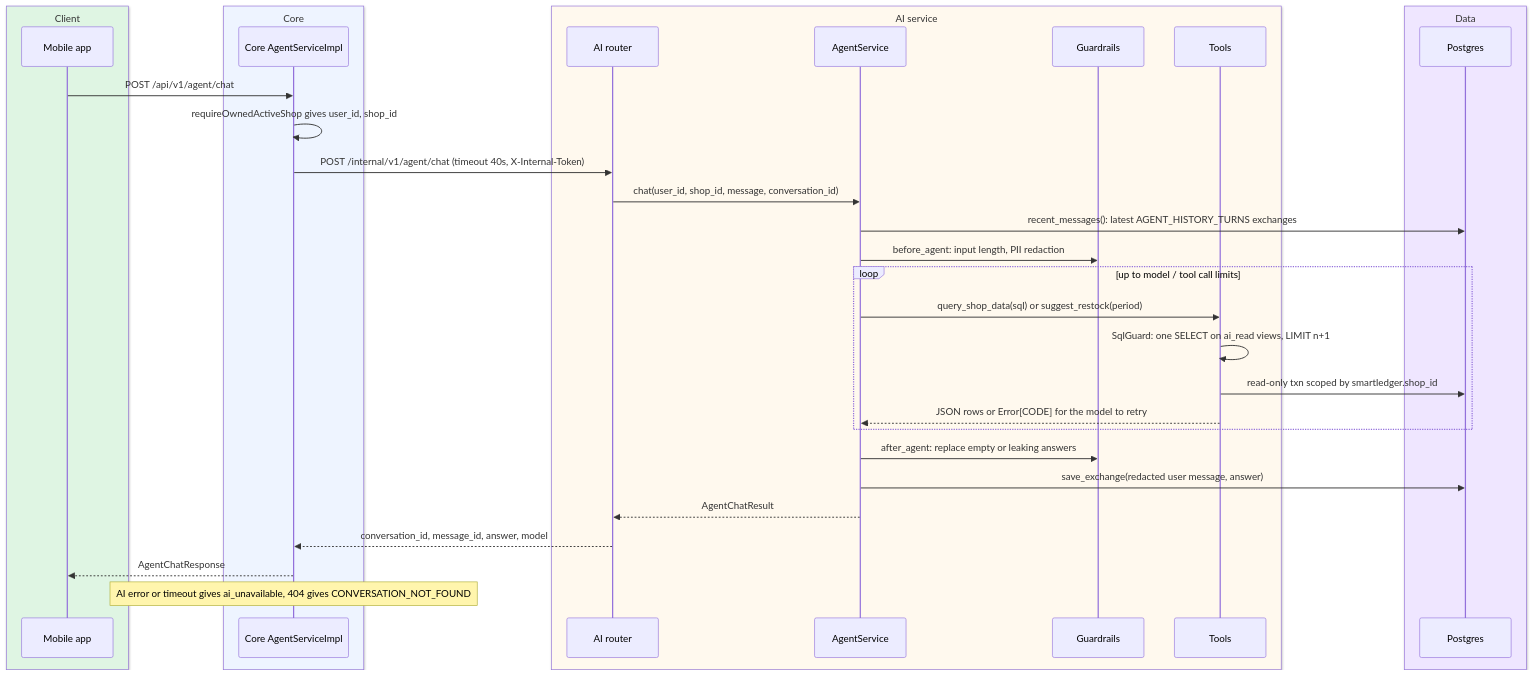
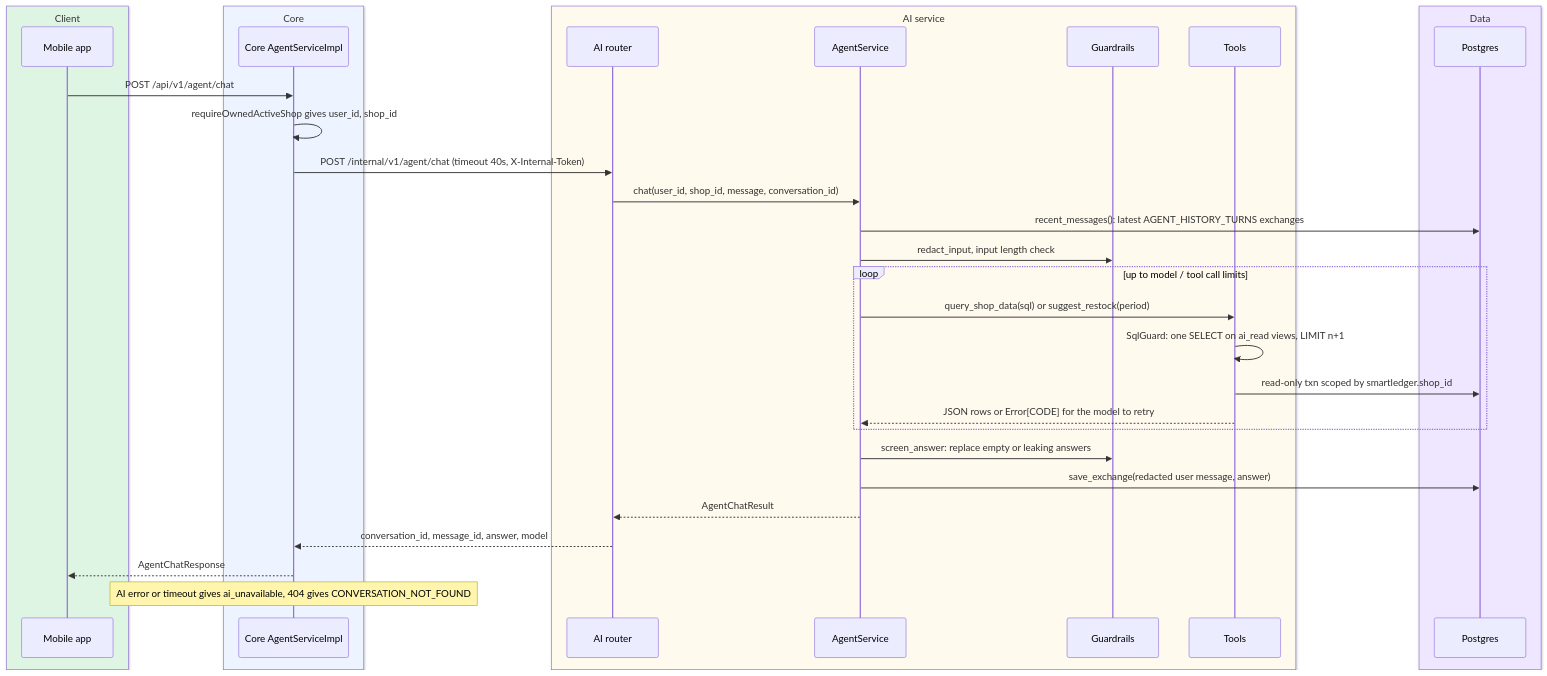
Diagram 14 of 14 in docs/architecture/service-walkthrough/README.md (miphu2804/smart-ledger), drawn with Mermaid before and after one commit. The commit also changed other lines of this file and 26 other files, not shown here.

````diff
--- a/docs/architecture/service-walkthrough/README.md
+++ b/docs/architecture/service-walkthrough/README.md
@@ -579,37 +579,37 @@
 ```mermaid
 sequenceDiagram
     box rgb(223,245,227) Client
     participant App as Mobile app
     end
     box rgb(238,244,255) Core
     participant Core as Core AgentServiceImpl
     end
     box rgb(255,249,238) AI service
     participant R as AI router
     participant A as AgentService
     participant G as Guardrails
     participant T as Tools
     end
     box rgb(239,230,255) Data
     participant DB as Postgres
     end
 
     App->>Core: POST /api/v1/agent/chat
     Core->>Core: requireOwnedActiveShop gives user_id, shop_id
     Core->>R: POST /internal/v1/agent/chat (timeout 40s, X-Internal-Token)
     R->>A: chat(user_id, shop_id, message, conversation_id)
     A->>DB: recent_messages(): latest AGENT_HISTORY_TURNS exchanges
-    A->>G: before_agent: input length, PII redaction
+    A->>G: redact_input, input length check
     loop up to model / tool call limits
         A->>T: query_shop_data(sql) or suggest_restock(period)
         T->>T: SqlGuard: one SELECT on ai_read views, LIMIT n+1
         T->>DB: read-only txn scoped by smartledger.shop_id
         T-->>A: JSON rows or Error[CODE] for the model to retry
     end
-    A->>G: after_agent: replace empty or leaking answers
+    A->>G: screen_answer: replace empty or leaking answers
     A->>DB: save_exchange(redacted user message, answer)
     A-->>R: AgentChatResult
     R-->>Core: conversation_id, message_id, answer, model
     Core-->>App: AgentChatResponse
     Note over Core: AI error or timeout gives ai_unavailable, 404 gives CONVERSATION_NOT_FOUND
 ```
````
